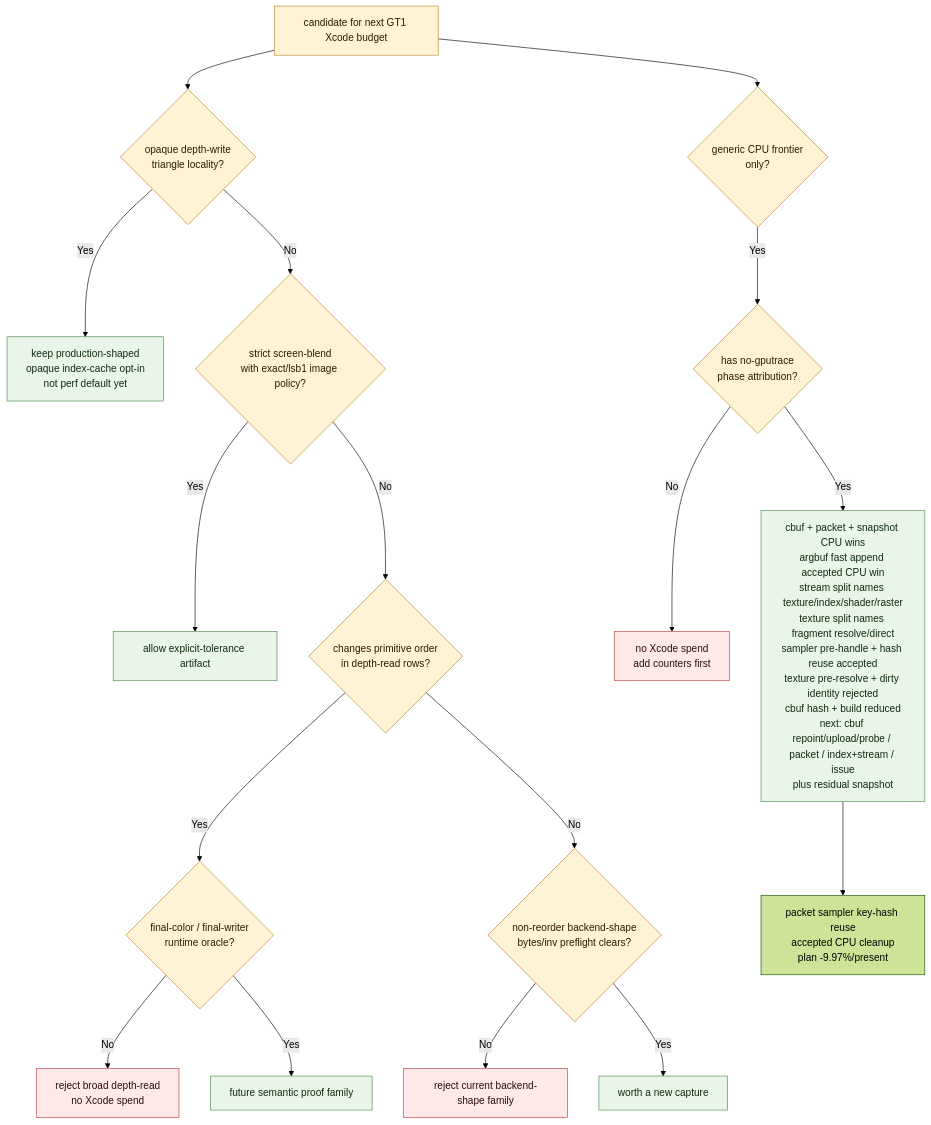
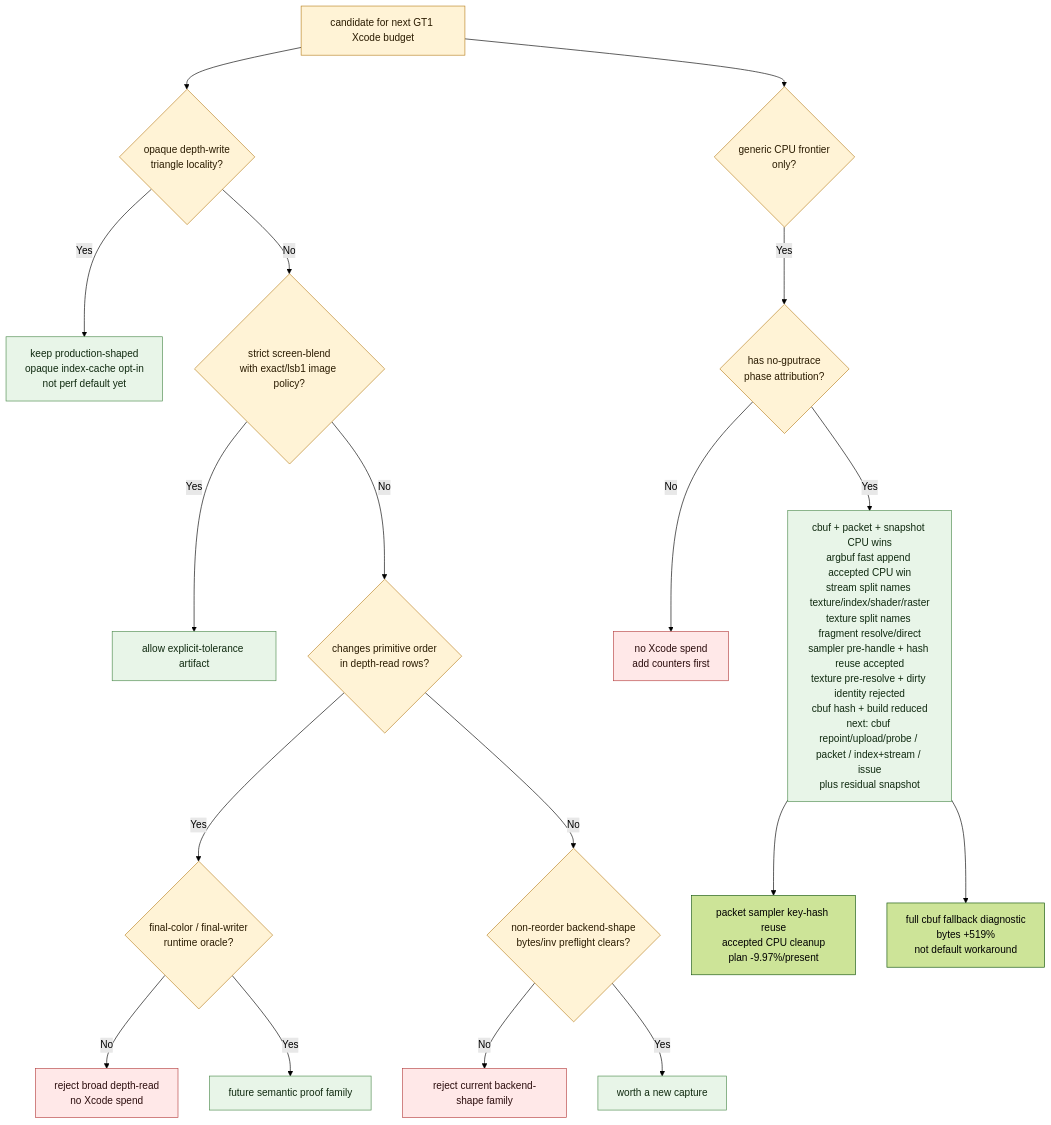
The third of 3 diagrams in docs/perfomance/overview-3dmark05-gt1.md (dfdgsdfg/dxmt9), drawn with Mermaid (forest theme) before and after one commit. The commit also changed other lines of this file and 9 other files, not shown here.

````diff
--- a/docs/perfomance/overview-3dmark05-gt1.md
+++ b/docs/perfomance/overview-3dmark05-gt1.md
@@ -148,27 +148,28 @@
 ```mermaid
 flowchart TD
   Start["candidate for next GT1 Xcode budget"] --> Opaque{"opaque depth-write\ntriangle locality?"}
   Opaque -- "Yes" --> Keep["keep production-shaped\nopaque index-cache opt-in\nnot perf default yet"]
   Opaque -- "No" --> Screen{"strict screen-blend\nwith exact/lsb1 image policy?"}
   Screen -- "Yes" --> Explicit["allow explicit-tolerance artifact"]
   Screen -- "No" --> Broad{"changes primitive order\nin depth-read rows?"}
   Broad -- "Yes" --> Oracle{"final-color / final-writer\nruntime oracle?"}
   Oracle -- "No" --> RejectBroad["reject broad depth-read\nno Xcode spend"]
   Oracle -- "Yes" --> FutureOracle["future semantic proof family"]
   Broad -- "No" --> Backend{"non-reorder backend-shape\nbytes/inv preflight clears?"}
   Backend -- "No" --> RejectBackend["reject current backend-shape family"]
   Backend -- "Yes" --> Spend["worth a new capture"]
   Start --> Cpu{"generic CPU frontier\nonly?"}
   Cpu -- "Yes" --> CpuProbe{"has no-gputrace\nphase attribution?"}
   CpuProbe -- "No" --> CpuReject["no Xcode spend\nadd counters first"]
   CpuProbe -- "Yes" --> CpuNarrow["cbuf + packet + snapshot CPU wins\nargbuf fast append accepted CPU win\nstream split names texture/index/shader/raster\ntexture split names fragment resolve/direct\nsampler pre-handle + hash reuse accepted\ntexture pre-resolve + dirty identity rejected\ncbuf hash + build reduced\nnext: cbuf repoint/upload/probe / packet / index+stream / issue\nplus residual snapshot"]
   CpuNarrow --> Packet21["packet sampler key-hash reuse\naccepted CPU cleanup\nplan -9.97%/present"]
+  CpuNarrow --> FullCbufDiag["full cbuf fallback diagnostic\nbytes +519%\nnot default workaround"]
 
   classDef good fill:#e8f5e8,stroke:#4d8b4d,color:#102a10
   classDef warn fill:#fff3d6,stroke:#b98222,color:#2a1b00
   classDef bad fill:#ffe8e8,stroke:#b64242,color:#2b0d0d
   class Keep,Explicit,FutureOracle,Spend good
   class Start,Opaque,Screen,Broad,Oracle,Backend,Cpu,CpuProbe warn
   class CpuNarrow good
   class RejectBroad,RejectBackend,CpuReject bad
 ```
````
